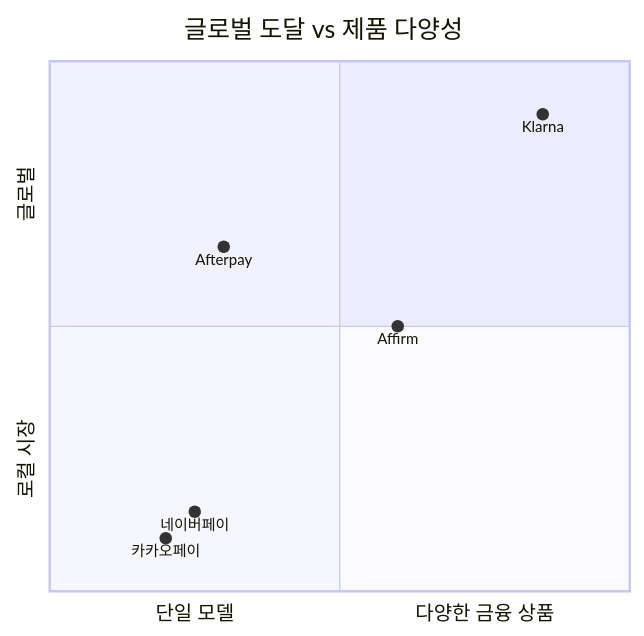
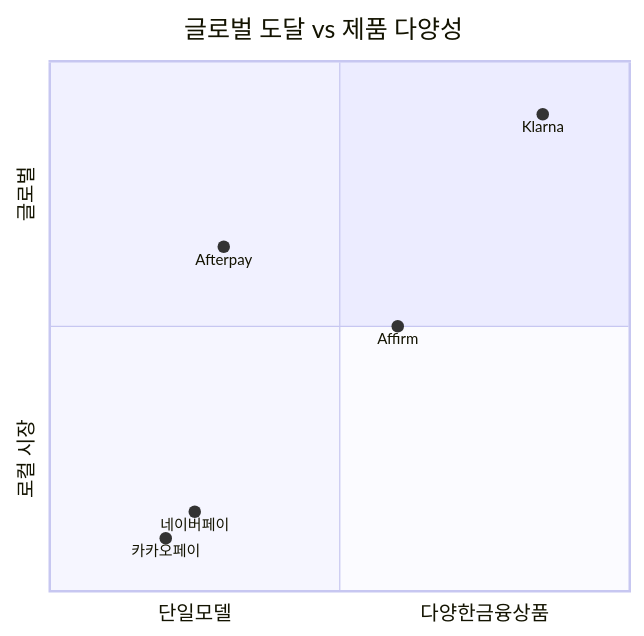
The diagram in docs/domains/bnpl/products/index.md (OkyoKwon/studyNresearch), drawn with Mermaid before and after one commit. The commit also changed 4 other files, not shown here.

````diff
--- a/docs/domains/bnpl/products/index.md
+++ b/docs/domains/bnpl/products/index.md
@@ -20,11 +20,11 @@
 ```mermaid
 quadrantChart
     title 글로벌 도달 vs 제품 다양성
-    x-axis 단일 모델 --> 다양한 금융 상품
+    x-axis 단일모델 --> 다양한금융상품
     y-axis 로컬 시장 --> 글로벌
     Klarna: [0.85, 0.9]
     Afterpay: [0.3, 0.65]
     Affirm: [0.6, 0.5]
     네이버페이: [0.25, 0.15]
     카카오페이: [0.2, 0.1]
 ```
````
